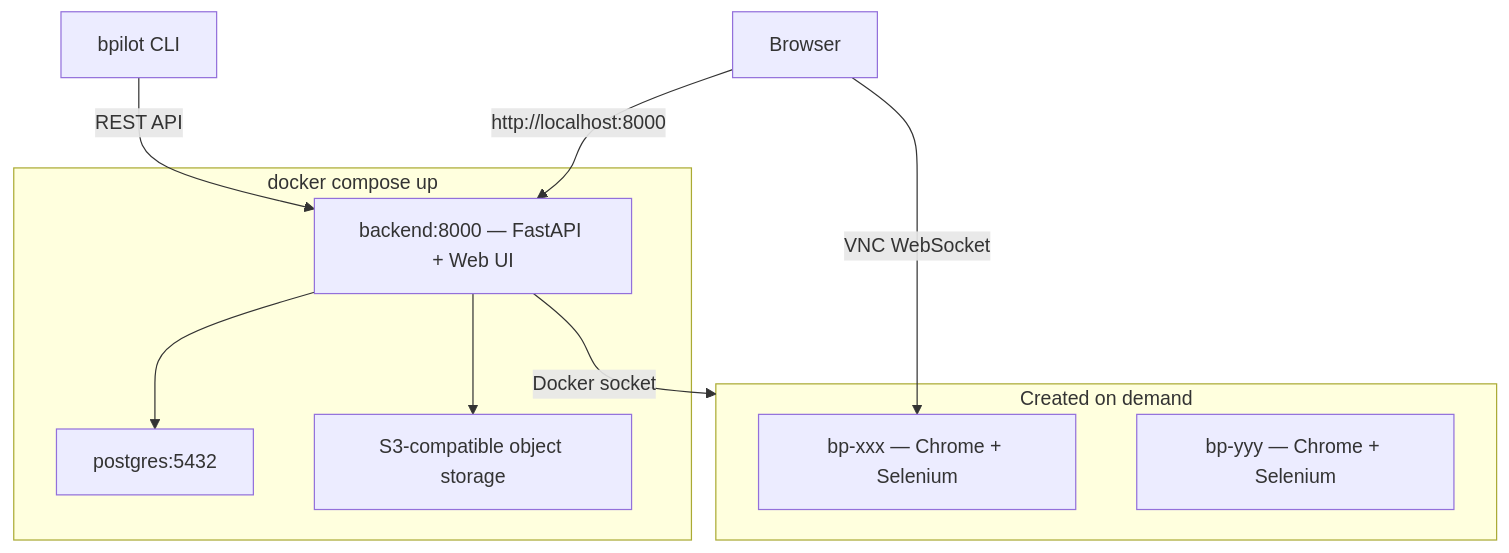
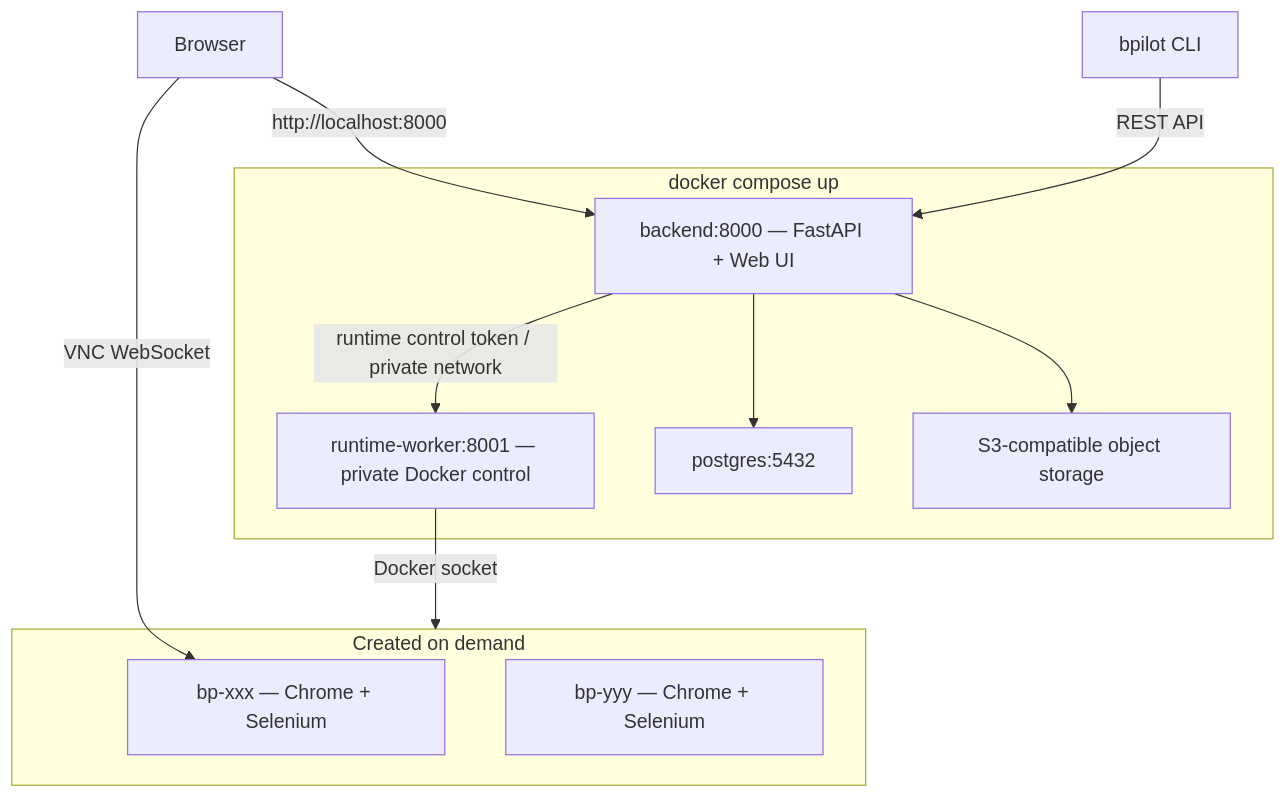
One commit to NoDeskAI/browser-pilot changed the diagram in README.md. Above: the diagram before and after it, drawn with Mermaid. The commit also changed other lines of this file and 18 other files, not shown here.

Commit message:
refactor(runtime): 隔离 Docker 控制面到 runtime-worker

````diff
--- a/README.md
+++ b/README.md
@@ -79,18 +79,20 @@
 ```mermaid
 graph TB
   subgraph compose ["docker compose up"]
     Backend["backend:8000 — FastAPI + Web UI"]
+    RuntimeWorker["runtime-worker:8001 — private Docker control"]
     Postgres["postgres:5432"]
     ObjectStore["S3-compatible object storage"]
   end
   subgraph dynamic ["Created on demand"]
     B1["bp-xxx — Chrome + Selenium"]
     B2["bp-yyy — Chrome + Selenium"]
   end
   User["Browser"] -->|"http://localhost:8000"| Backend
   User -->|"VNC WebSocket"| B1
   CLI["bpilot CLI"] -->|"REST API"| Backend
-  Backend -->|"Docker socket"| dynamic
+  Backend -->|"runtime control token / private network"| RuntimeWorker
+  RuntimeWorker -->|"Docker socket"| dynamic
   Backend --> Postgres
   Backend --> ObjectStore
 ```
````
